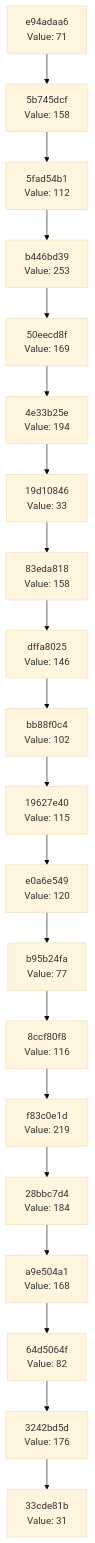
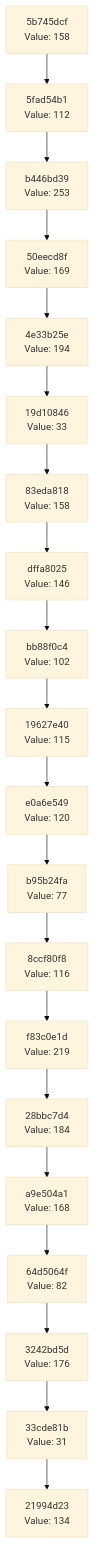
The diagram in docs/CHAIN_VISUALIZATION.md (Abhisheksinha1506/hash-chain-evolver), drawn with Mermaid (base theme) before and after one commit. The commit also changed 3 other files, not shown here.

````diff
--- a/docs/CHAIN_VISUALIZATION.md
+++ b/docs/CHAIN_VISUALIZATION.md
@@ -3,42 +3,42 @@
 ```mermaid
 graph TD
-    C0["33cde81b<br/>Value: 31"]
-    C1["3242bd5d<br/>Value: 176"]
+    C0["21994d23<br/>Value: 134"]
+    C1["33cde81b<br/>Value: 31"]
     C1 --> C0
-    C2["64d5064f<br/>Value: 82"]
+    C2["3242bd5d<br/>Value: 176"]
     C2 --> C1
-    C3["a9e504a1<br/>Value: 168"]
+    C3["64d5064f<br/>Value: 82"]
     C3 --> C2
-    C4["28bbc7d4<br/>Value: 184"]
+    C4["a9e504a1<br/>Value: 168"]
     C4 --> C3
-    C5["f83c0e1d<br/>Value: 219"]
+    C5["28bbc7d4<br/>Value: 184"]
     C5 --> C4
-    C6["8ccf80f8<br/>Value: 116"]
+    C6["f83c0e1d<br/>Value: 219"]
     C6 --> C5
-    C7["b95b24fa<br/>Value: 77"]
+    C7["8ccf80f8<br/>Value: 116"]
     C7 --> C6
-    C8["e0a6e549<br/>Value: 120"]
+    C8["b95b24fa<br/>Value: 77"]
     C8 --> C7
-    C9["19627e40<br/>Value: 115"]
+    C9["e0a6e549<br/>Value: 120"]
     C9 --> C8
-    C10["bb88f0c4<br/>Value: 102"]
+    C10["19627e40<br/>Value: 115"]
     C10 --> C9
-    C11["dffa8025<br/>Value: 146"]
+    C11["bb88f0c4<br/>Value: 102"]
     C11 --> C10
-    C12["83eda818<br/>Value: 158"]
+    C12["dffa8025<br/>Value: 146"]
     C12 --> C11
-    C13["19d10846<br/>Value: 33"]
+    C13["83eda818<br/>Value: 158"]
     C13 --> C12
-    C14["4e33b25e<br/>Value: 194"]
+    C14["19d10846<br/>Value: 33"]
     C14 --> C13
-    C15["50eecd8f<br/>Value: 169"]
+    C15["4e33b25e<br/>Value: 194"]
     C15 --> C14
-    C16["b446bd39<br/>Value: 253"]
+    C16["50eecd8f<br/>Value: 169"]
     C16 --> C15
-    C17["5fad54b1<br/>Value: 112"]
+    C17["b446bd39<br/>Value: 253"]
     C17 --> C16
-    C18["5b745dcf<br/>Value: 158"]
+    C18["5fad54b1<br/>Value: 112"]
     C18 --> C17
-    C19["e94adaa6<br/>Value: 71"]
+    C19["5b745dcf<br/>Value: 158"]
     C19 --> C18
 ```
````
